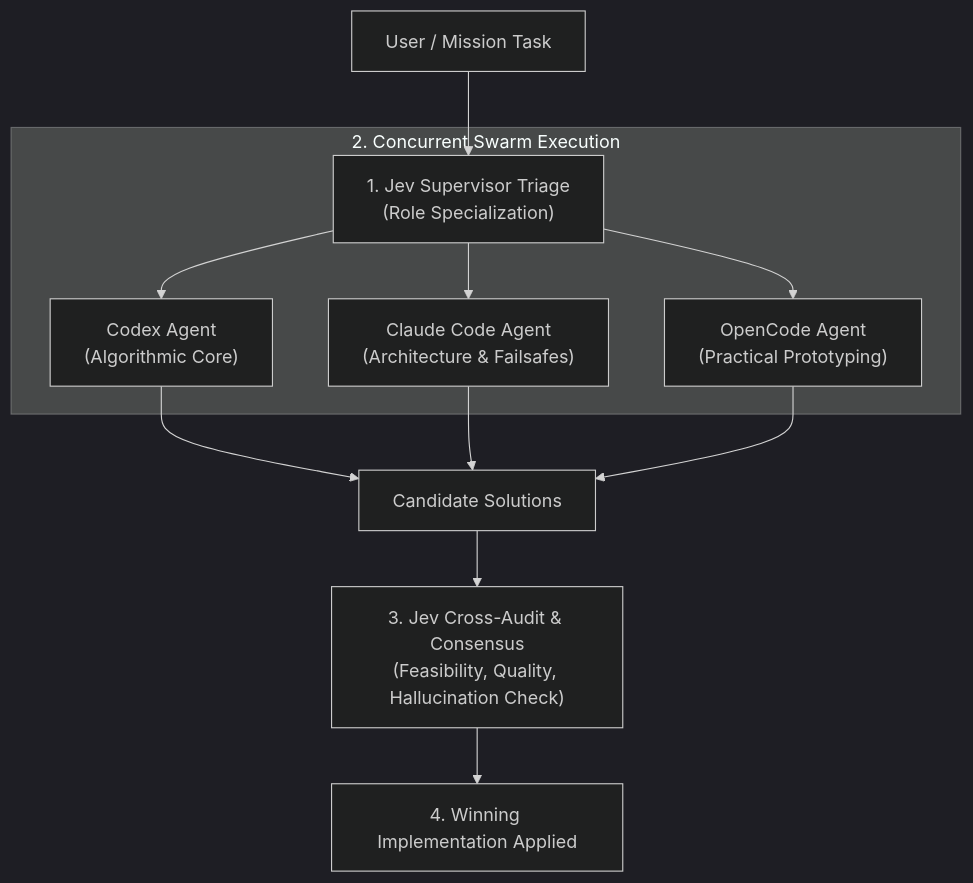
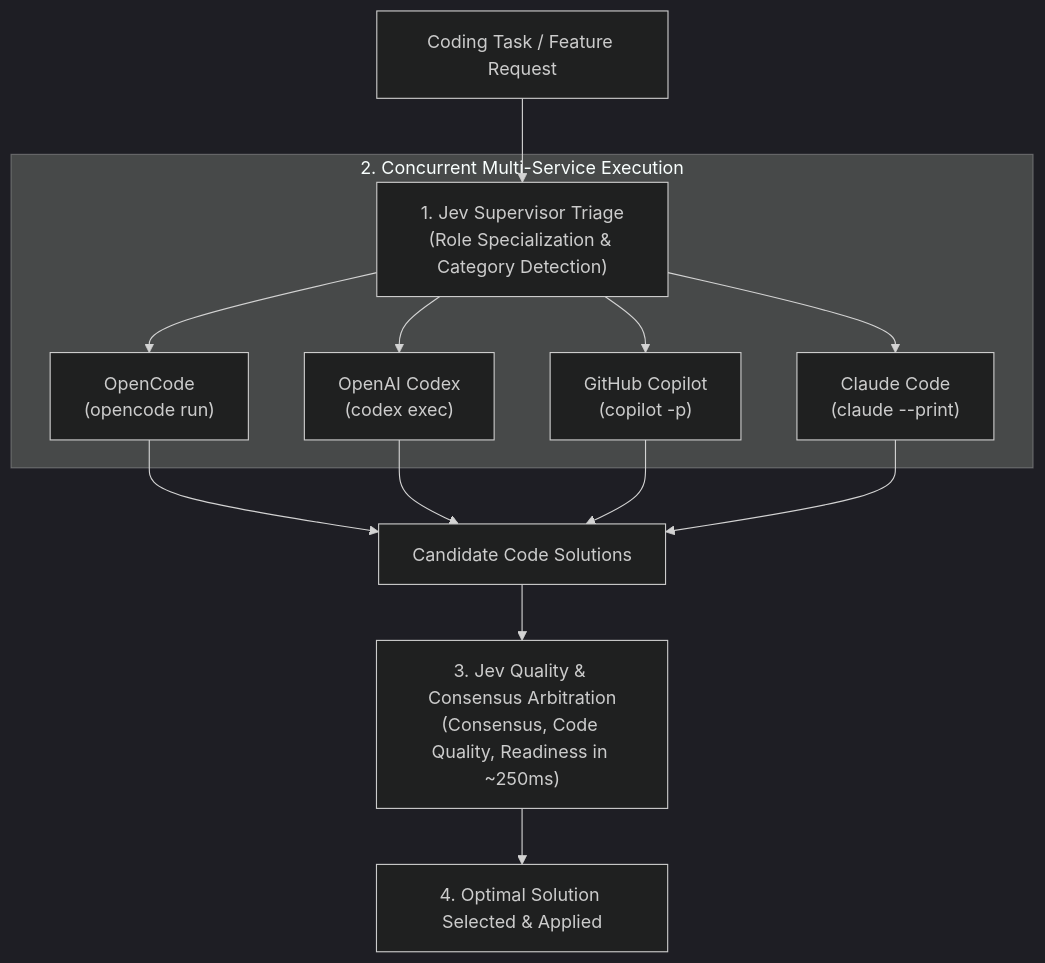
One commit to martinvilu/drones changed the diagram in skills/drones-swarm/SKILL.md. Above: the diagram before and after it, drawn with Mermaid (dark theme). The commit also changed other lines of this file and 3 other files, not shown here.

Commit message:
refactor(swarm): pivot to multi-service coding coordinator for copilot, opencode and codex

````diff
--- a/skills/drones-swarm/SKILL.md
+++ b/skills/drones-swarm/SKILL.md
@@ -17,17 +17,19 @@
 ```mermaid
 flowchart TD
-    MissionReq["User / Mission Task"] --> SupervisorTriage["1. Jev Supervisor Triage<br>(Role Specialization)"]
+    TaskReq["Coding Task / Feature Request"] --> JevSupervisor["1. Jev Supervisor Triage<br>(Role Specialization & Category Detection)"]
     
-    subgraph SwarmExecution ["2. Concurrent Swarm Execution"]
-        SupervisorTriage --> Codex["Codex Agent<br>(Algorithmic Core)"]
-        SupervisorTriage --> Claude["Claude Code Agent<br>(Architecture & Failsafes)"]
-        SupervisorTriage --> OpenCode["OpenCode Agent<br>(Practical Prototyping)"]
+    subgraph MultiServiceExecution ["2. Concurrent Multi-Service Execution"]
+        JevSupervisor --> OpenCodeService["OpenCode<br>(opencode run)"]
+        JevSupervisor --> CodexService["OpenAI Codex<br>(codex exec)"]
+        JevSupervisor --> CopilotService["GitHub Copilot<br>(copilot -p)"]
+        JevSupervisor --> ClaudeService["Claude Code<br>(claude --print)"]
     end
 
-    Codex --> Outputs["Candidate Solutions"]
-    Claude --> Outputs
-    OpenCode --> Outputs
+    OpenCodeService --> Solutions["Candidate Code Solutions"]
+    CodexService --> Solutions
+    CopilotService --> Solutions
+    ClaudeService --> Solutions
 
-    Outputs --> JevAudit["3. Jev Cross-Audit & Consensus<br>(Feasibility, Quality, Hallucination Check)"]
-    JevAudit --> SelectedOutput["4. Winning Implementation Applied"]
+    Solutions --> JevArbitration["3. Jev Quality & Consensus Arbitration<br>(Consensus, Code Quality, Readiness in ~250ms)"]
+    JevArbitration --> WinnerApplied["4. Optimal Solution Selected & Applied"]
 ```
````
